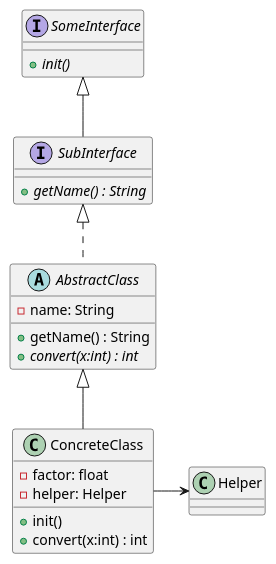
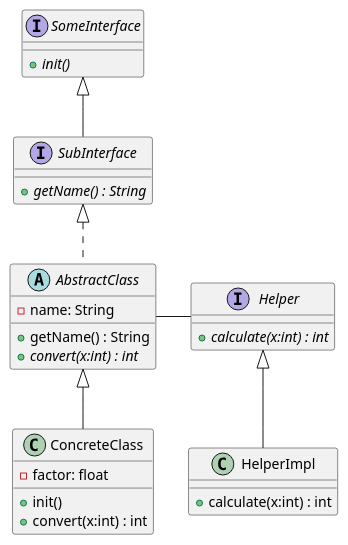
Before and after one commit to codevibe-de/design-patterns: the diagram in x01-uml/showcase.puml, drawn with PlantUML. The commit also changed 6 other files, not shown here.

Commit message:
uml stuff

```diff
--- a/x01-uml/showcase.puml
+++ b/x01-uml/showcase.puml
@@ -1,35 +1,39 @@
 @startuml
 'https://plantuml.com/class-diagram
 
 
 interface SomeInterface {
     {abstract} +init()
 }
 interface SubInterface {
     {abstract} +getName() : String
 }
 
 SomeInterface <|-- SubInterface
 
 abstract class AbstractClass {
     -name: String
     +getName() : String
     {abstract} +convert(x:int) : int
 }
 
 SubInterface <|.. AbstractClass
 
 class ConcreteClass {
     -factor: float
-    -helper: Helper
     +init()
     +convert(x:int) : int
 }
 
 AbstractClass <|-- ConcreteClass
+AbstractClass -right- Helper
 
-class Helper
+interface Helper {
+    {abstract} +calculate(x:int) : int
+}
+class HelperImpl extends Helper {
+    +calculate(x:int) : int
+}
 
-ConcreteClass -right-> Helper
 
 @enduml
```
